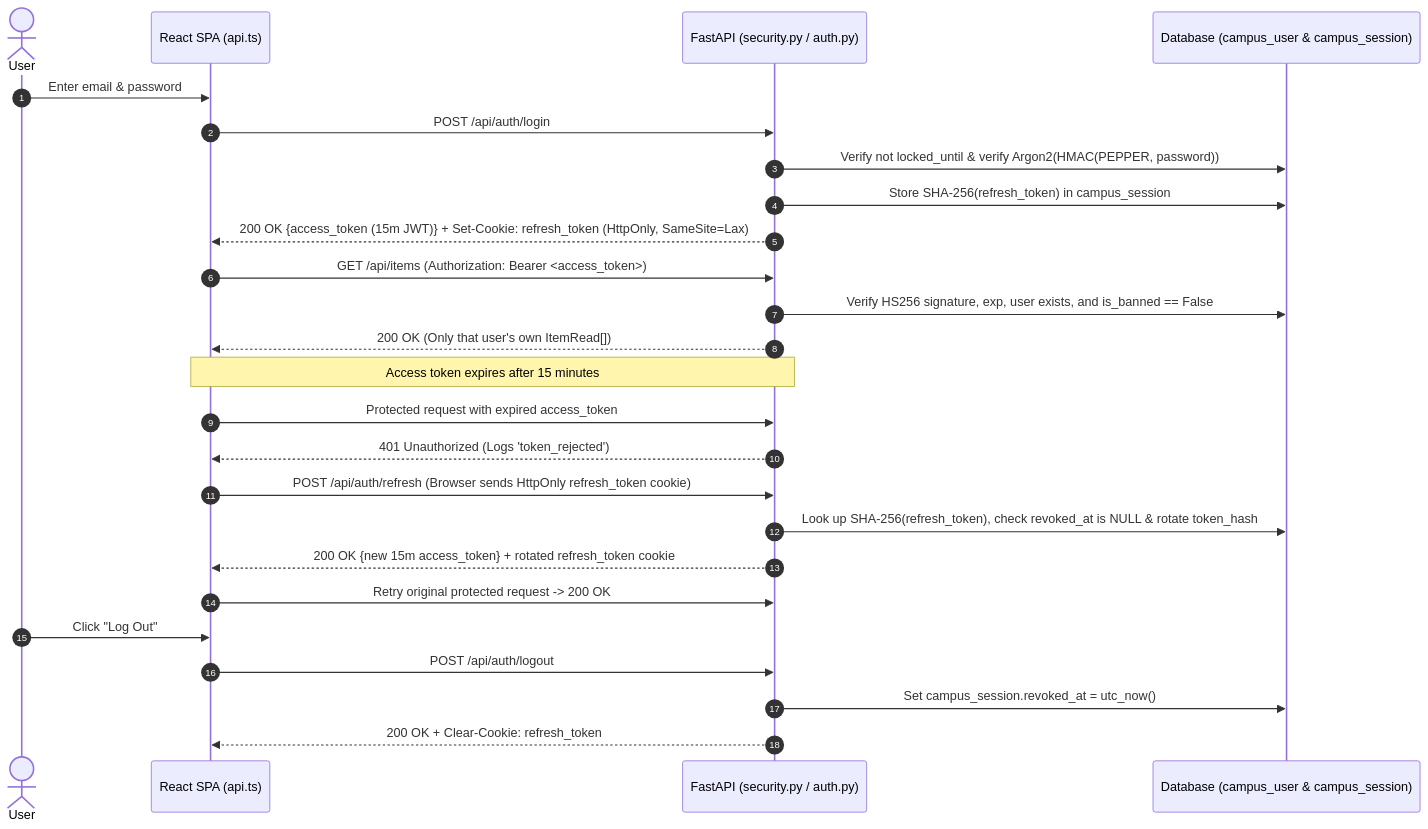
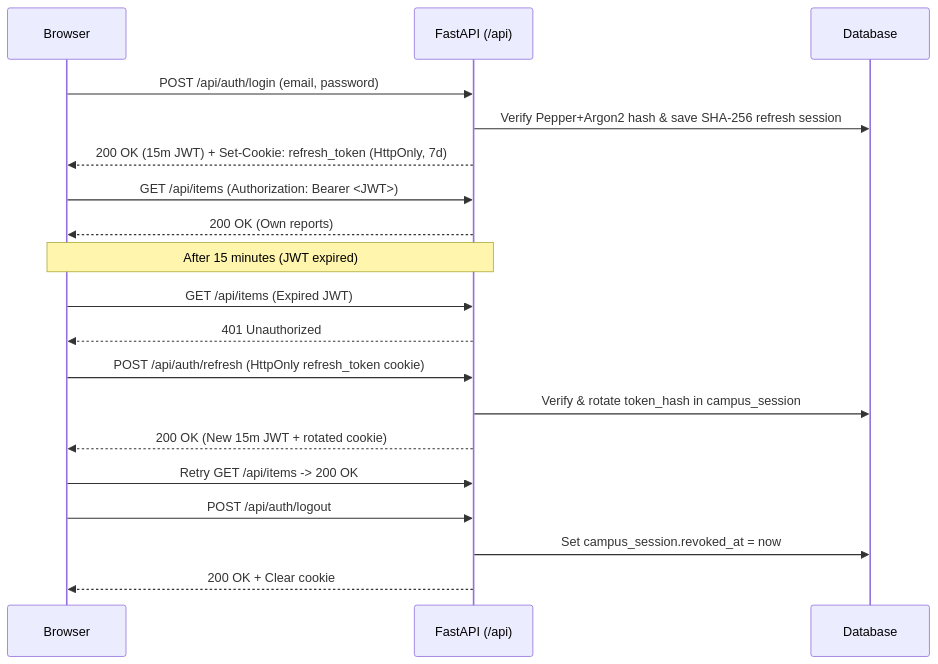
One commit to Ishmam2001/saaa changed the fourth of 7 diagrams in docs/FINAL_REPORT.md. Above: the diagram before and after it, drawn with Mermaid. The commit also changed other lines of this file, not shown here.

````diff
--- a/docs/FINAL_REPORT.md
+++ b/docs/FINAL_REPORT.md
@@ -726,31 +493,25 @@
 ```mermaid
 sequenceDiagram
-    autonumber
-    actor User
-    participant FE as React SPA (api.ts)
-    participant API as FastAPI (security.py / auth.py)
-    participant DB as Database (campus_user & campus_session)
+    participant B as Browser
+    participant A as FastAPI (/api)
+    participant D as Database
 
-    User->>FE: Enter email & password
-    FE->>API: POST /api/auth/login
-    API->>DB: Verify not locked_until & verify Argon2(HMAC(PEPPER, password))
-    API->>DB: Store SHA-256(refresh_token) in campus_session
-    API-->>FE: 200 OK {access_token (15m JWT)} + Set-Cookie: refresh_token (HttpOnly, SameSite=Lax)
+    B->>A: POST /api/auth/login (email, password)
+    A->>D: Verify Pepper+Argon2 hash & save SHA-256 refresh session
+    A-->>B: 200 OK (15m JWT) + Set-Cookie: refresh_token (HttpOnly, 7d)
 
-    FE->>API: GET /api/items (Authorization: Bearer <access_token>)
-    API->>DB: Verify HS256 signature, exp, user exists, and is_banned == False
-    API-->>FE: 200 OK (Only that user's own ItemRead[])
+    B->>A: GET /api/items (Authorization: Bearer <JWT>)
+    A-->>B: 200 OK (Own reports)
 
-    Note over FE,API: Access token expires after 15 minutes
-    FE->>API: Protected request with expired access_token
-    API-->>FE: 401 Unauthorized (Logs 'token_rejected')
-    FE->>API: POST /api/auth/refresh (Browser sends HttpOnly refresh_token cookie)
-    API->>DB: Look up SHA-256(refresh_token), check revoked_at is NULL & rotate token_hash
-    API-->>FE: 200 OK {new 15m access_token} + rotated refresh_token cookie
-    FE->>API: Retry original protected request -> 200 OK
+    Note over B,A: After 15 minutes (JWT expired)
+    B->>A: GET /api/items (Expired JWT)
+    A-->>B: 401 Unauthorized
+    B->>A: POST /api/auth/refresh (HttpOnly refresh_token cookie)
+    A->>D: Verify & rotate token_hash in campus_session
+    A-->>B: 200 OK (New 15m JWT + rotated cookie)
+    B->>A: Retry GET /api/items -> 200 OK
 
-    User->>FE: Click "Log Out"
-    FE->>API: POST /api/auth/logout
-    API->>DB: Set campus_session.revoked_at = utc_now()
-    API-->>FE: 200 OK + Clear-Cookie: refresh_token
+    B->>A: POST /api/auth/logout
+    A->>D: Set campus_session.revoked_at = now
+    A-->>B: 200 OK + Clear cookie
 ```
````
